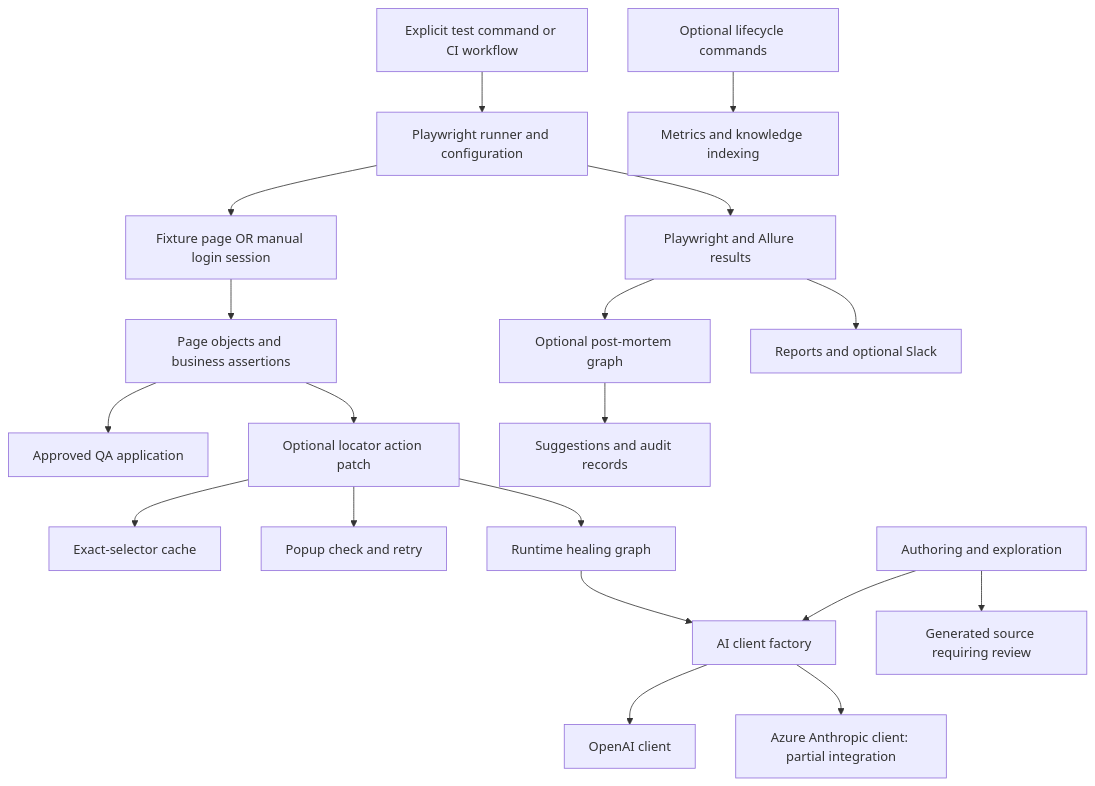
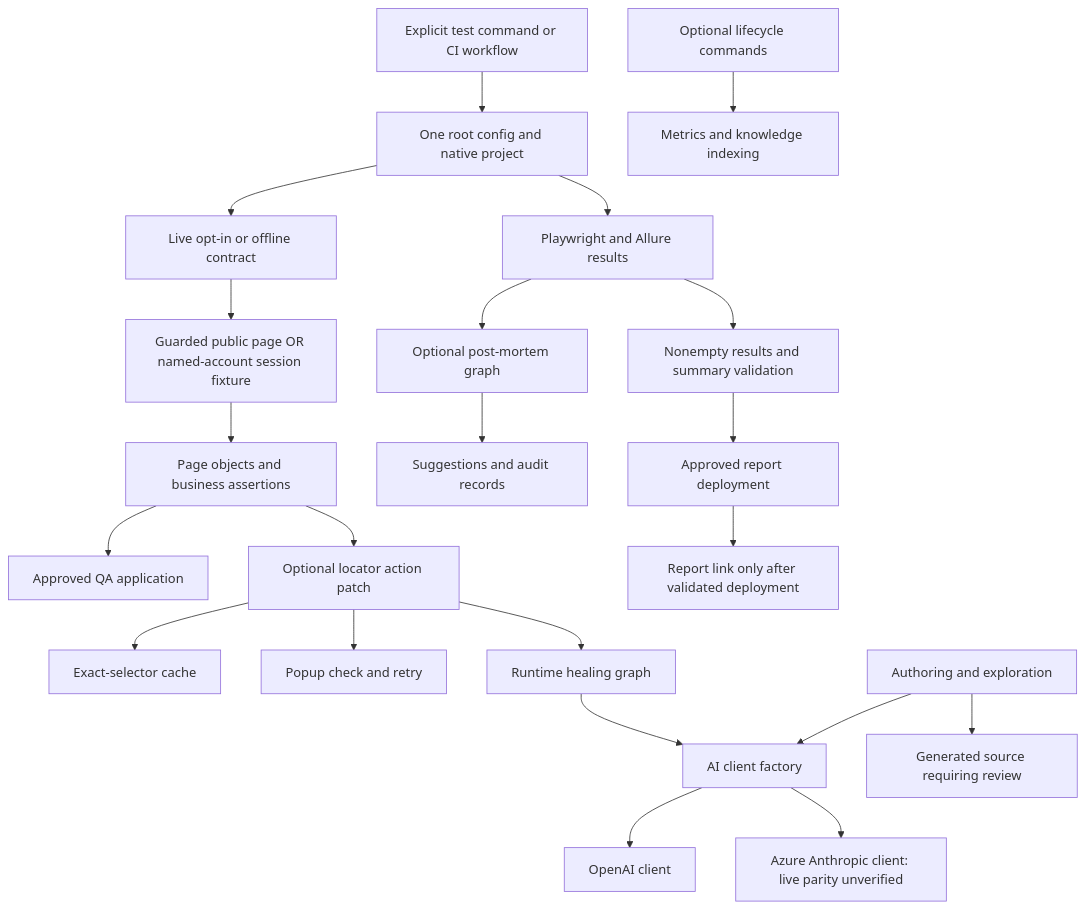
The diagram in docs/TEST_FRAMEWORK_ARCHITECTURE.md (DevKesh/playwright-project-mtech), drawn with Mermaid before and after one commit. The commit also changed other lines of this file and 100 other files, not shown here.

````diff
--- a/docs/TEST_FRAMEWORK_ARCHITECTURE.md
+++ b/docs/TEST_FRAMEWORK_ARCHITECTURE.md
@@ -47,21 +57,24 @@
 ```mermaid
 flowchart TD
-    Entry[Explicit test command or CI workflow] --> Runner[Playwright runner and configuration]
-    Runner --> Session[Fixture page OR manual login session]
+    Entry[Explicit test command or CI workflow] --> Runner[One root config and native project]
+    Runner --> Guard[Live opt-in or offline contract]
+    Guard --> Session[Guarded public page OR named-account session fixture]
     Session --> Pages[Page objects and business assertions]
     Pages --> App[Approved QA application]
     Pages --> Patch[Optional locator action patch]
     Patch --> Cache[Exact-selector cache]
     Patch --> Popup[Popup check and retry]
     Patch --> Runtime[Runtime healing graph]
     Runtime --> Client[AI client factory]
     Client --> OpenAI[OpenAI client]
-    Client --> Azure[Azure Anthropic client: partial integration]
+    Client --> Azure[Azure Anthropic client: live parity unverified]
     Runner --> Results[Playwright and Allure results]
     Results --> Post[Optional post-mortem graph]
     Post --> Suggestions[Suggestions and audit records]
-    Results --> Publish[Reports and optional Slack]
+    Results --> Validate[Nonempty results and summary validation]
+    Validate --> Publish[Approved report deployment]
+    Publish --> Slack[Report link only after validated deployment]
     Author[Authoring and exploration] --> Client
     Author --> Drafts[Generated source requiring review]
     Lifecycle[Optional lifecycle commands] --> Knowledge[Metrics and knowledge indexing]
 ```
````
